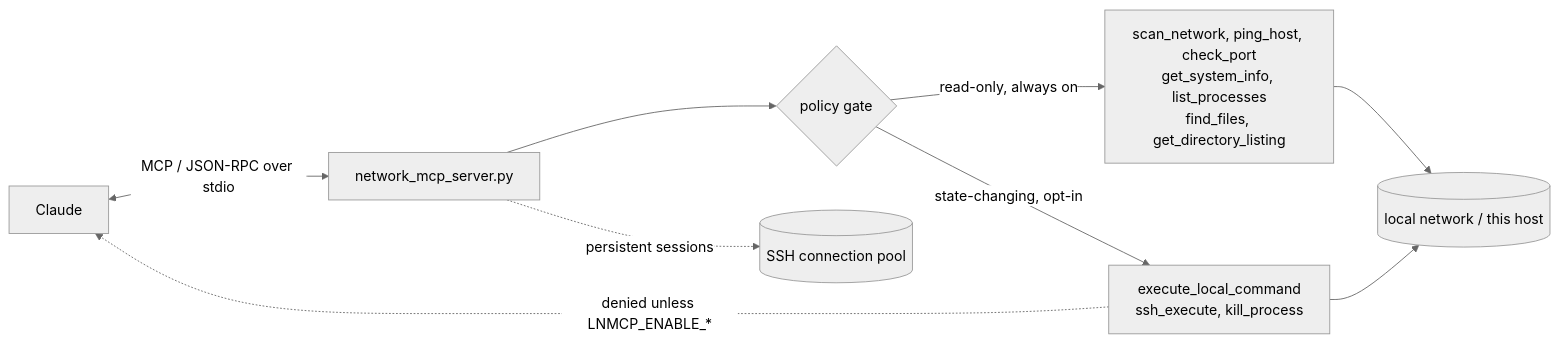
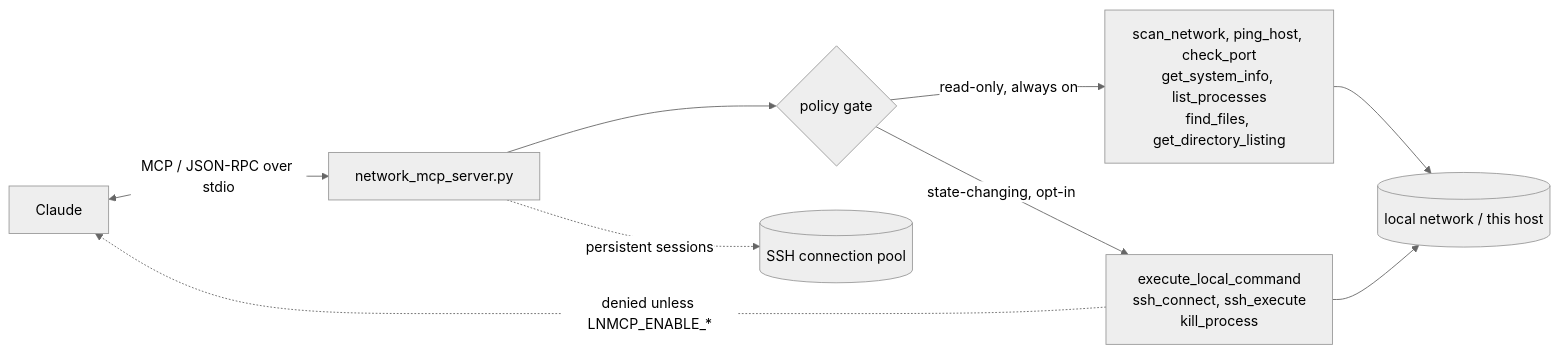
Before and after one commit to ahmed-hashim-pro/local-network-mcp: the diagram in README.md, drawn with Mermaid (neutral theme). The commit also changed other lines of this file and 2 other files, not shown here.

First line of the commit message:
Gate ssh_connect behind the SSH opt-in

````diff
--- a/README.md
+++ b/README.md
@@ -72,11 +74,11 @@
 ```mermaid
 flowchart LR
     C[Claude] <-->|MCP / JSON-RPC over stdio| S[network_mcp_server.py]
     S --> G{policy gate}
     G -->|read-only, always on| RO["scan_network, ping_host, check_port<br/>get_system_info, list_processes<br/>find_files, get_directory_listing"]
-    G -->|state-changing, opt-in| RW["execute_local_command<br/>ssh_execute, kill_process"]
+    G -->|state-changing, opt-in| RW["execute_local_command<br/>ssh_connect, ssh_execute<br/>kill_process"]
     RW -. denied unless LNMCP_ENABLE_* .-> C
     RO --> N[(local network / this host)]
     RW --> N
     S -.->|persistent sessions| POOL[(SSH connection pool)]
 ```
````
